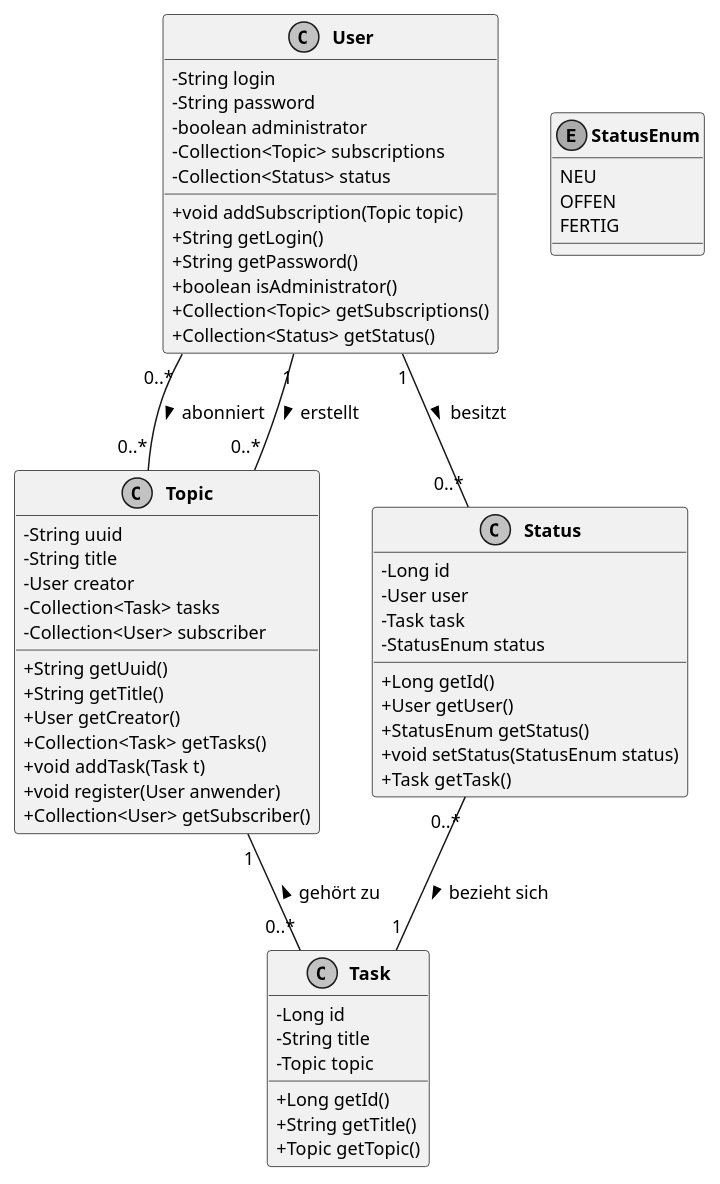
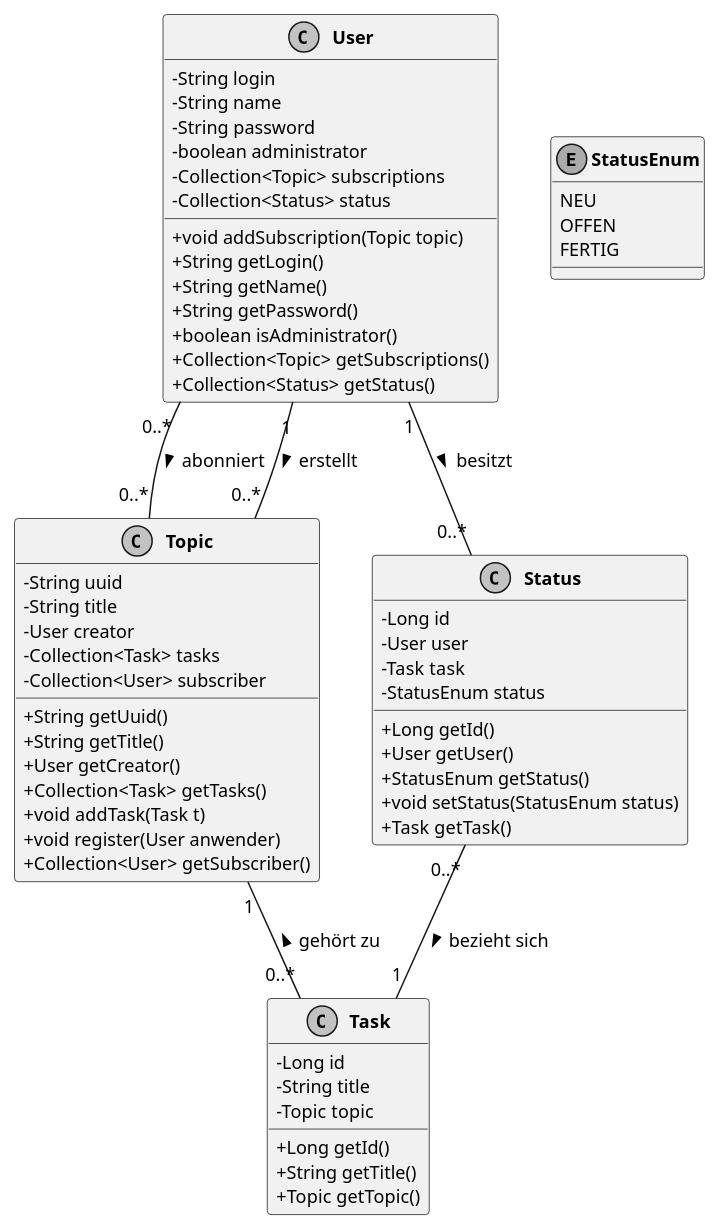
One commit to SimonHirner/agenda20 changed the diagram in doku/Datenmodell.plantuml. Above: the diagram before and after it, drawn with PlantUML. The commit also changed 8 other files, not shown here.

```diff
--- a/doku/Datenmodell.plantuml
+++ b/doku/Datenmodell.plantuml
@@ -1,76 +1,78 @@
 @startuml
 
 ' Layout
 skinparam classAttributeIconSize 0
 skinparam monochrome true
 skinparam shadowing false
 skinparam DefaultFontName arial
 skinparam DefaultFontSize 12
 skinparam ClassFontStyle bold
 hide empty fields
 
 ' Assoziationen
 User "0..*" -- "0..*" Topic : > abonniert
 User "1" -- "0..*" Topic : > erstellt
 User "1" -- "0..*" Status : > besitzt
 Topic "1" -- "0..*" Task : < gehört zu
 Status "0..*" -- "1" Task : > bezieht sich
 
 ' Klassen
 class Status [[java:edu.hm.cs.katz.swt2.agenda.persistence.Status]] {
 	-Long id
 	-User user
 	-Task task
 	-StatusEnum status
 	+Long getId()
 	+User getUser()
 	+StatusEnum getStatus()
 	+void setStatus(StatusEnum status)
 	+Task getTask()
 }
 
 class Task [[java:edu.hm.cs.katz.swt2.agenda.persistence.Task]] {
 	-Long id
 	-String title
 	-Topic topic
 	+Long getId()
 	+String getTitle()
 	+Topic getTopic()
 }
 
 class User [[java:edu.hm.cs.katz.swt2.agenda.persistence.User]] {
 	-String login
+	-String name
 	-String password
 	-boolean administrator
 	-Collection<Topic> subscriptions
 	-Collection<Status> status
 	+void addSubscription(Topic topic)
 	+String getLogin()
+	+String getName()
 	+String getPassword()
 	+boolean isAdministrator()
 	+Collection<Topic> getSubscriptions()
 	+Collection<Status> getStatus()
 }
 
 class Topic [[java:edu.hm.cs.katz.swt2.agenda.persistence.Topic]] {
 	-String uuid
 	-String title
 	-User creator
 	-Collection<Task> tasks
 	-Collection<User> subscriber
 	+String getUuid()
 	+String getTitle()
 	+User getCreator()
 	+Collection<Task> getTasks()
 	+void addTask(Task t)
 	+void register(User anwender)
 	+Collection<User> getSubscriber()
 }
 
 enum StatusEnum [[java:edu.hm.cs.katz.swt2.agenda.common.StatusEnum]] {
 	NEU
 	OFFEN
 	FERTIG
 }
 
 @enduml
```
